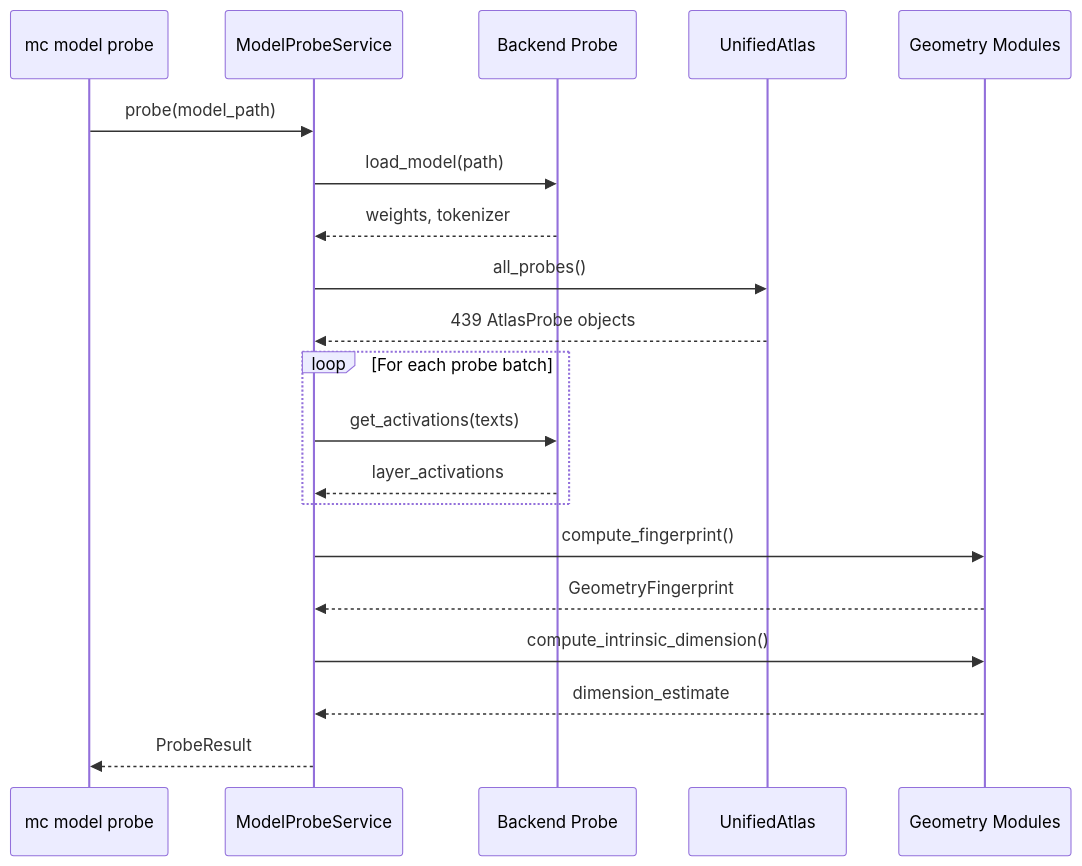
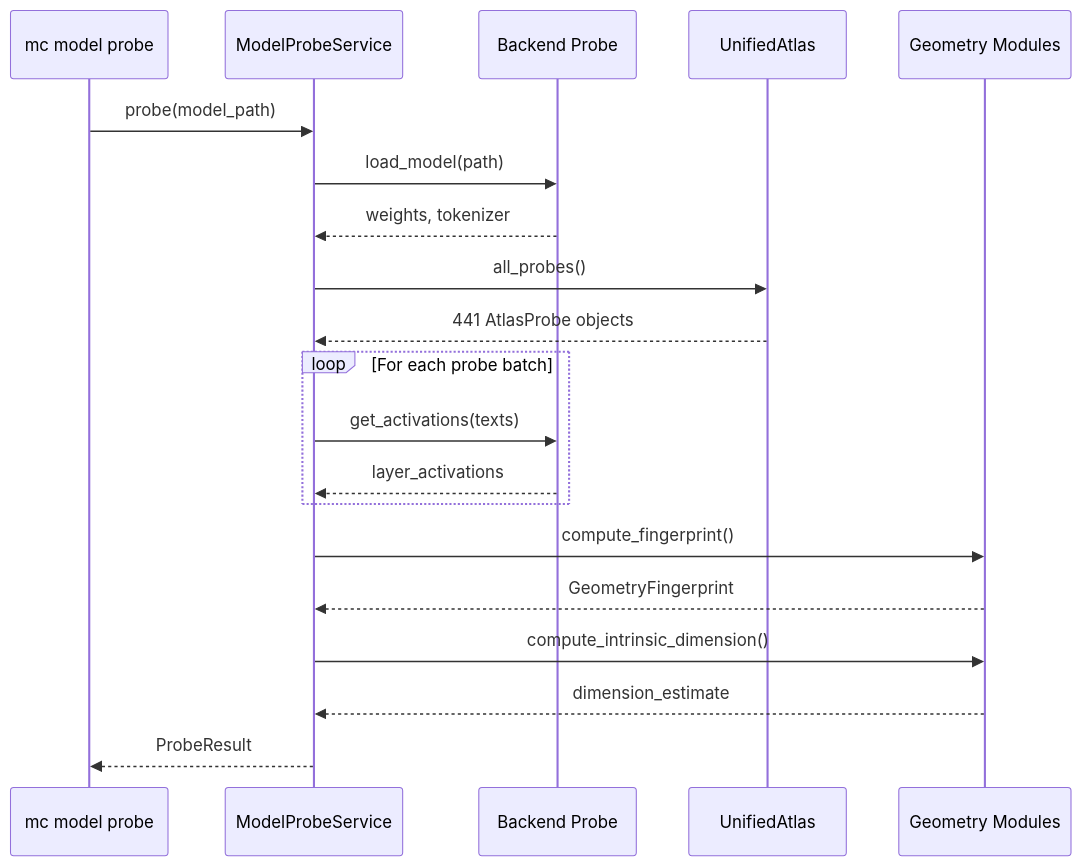
The third of 4 diagrams in docs/ARCHITECTURE.md (Ethyros-AI/ModelCypher), drawn with Mermaid before and after one commit. The commit also changed other lines of this file and 19 other files, not shown here.

````diff
--- a/docs/ARCHITECTURE.md
+++ b/docs/ARCHITECTURE.md
@@ -176,28 +176,28 @@
 ```mermaid
 sequenceDiagram
     participant CLI as mc model probe
     participant SVC as ModelProbeService
     participant PROBE as Backend Probe
     participant ATLAS as UnifiedAtlas
     participant GEOM as Geometry Modules
 
     CLI->>SVC: probe(model_path)
     SVC->>PROBE: load_model(path)
     PROBE-->>SVC: weights, tokenizer
 
     SVC->>ATLAS: all_probes()
-    ATLAS-->>SVC: 439 AtlasProbe objects
+    ATLAS-->>SVC: 441 AtlasProbe objects
 
     loop For each probe batch
         SVC->>PROBE: get_activations(texts)
         PROBE-->>SVC: layer_activations
     end
 
     SVC->>GEOM: compute_fingerprint()
     GEOM-->>SVC: GeometryFingerprint
 
     SVC->>GEOM: compute_intrinsic_dimension()
     GEOM-->>SVC: dimension_estimate
 
     SVC-->>CLI: ProbeResult
 ```
````
